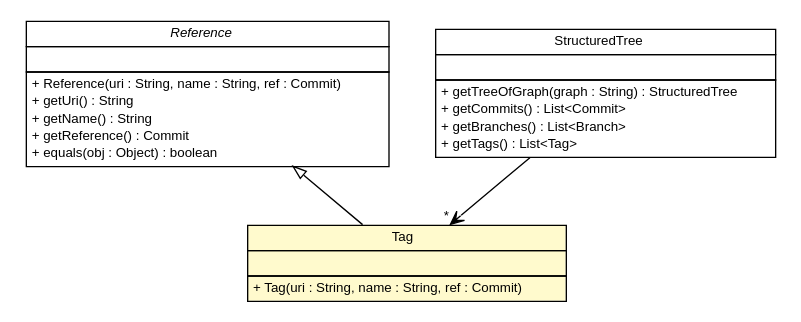
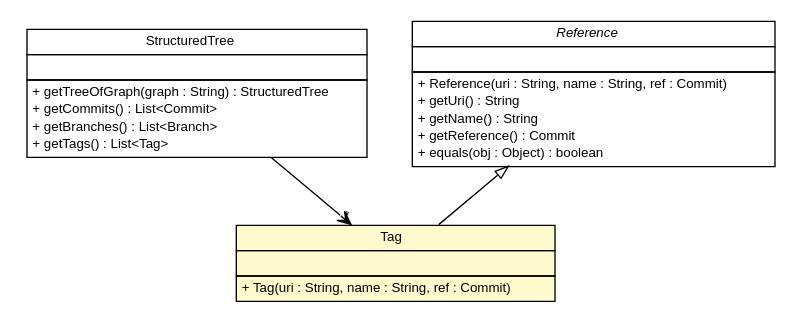
One commit to adrianorzyszek/r43ples changed the diagram in site/apidocs/de/tud/plt/r43ples/revisionTree/Tag.dot. Above: the diagram before and after it, drawn with Graphviz. The commit also changed 333 other files, not shown here.

```diff
--- a/site/apidocs/de/tud/plt/r43ples/revisionTree/Tag.dot
+++ b/site/apidocs/de/tud/plt/r43ples/revisionTree/Tag.dot
@@ -1,59 +1,59 @@
 #!/usr/local/bin/dot
 #
 # Class diagram 
 # Generated by UMLGraph version R5_6-24-gf6e263 (http://www.umlgraph.org/)
 #
 
 digraph G {
 	edge [fontname="Helvetica",fontsize=10,labelfontname="Helvetica",labelfontsize=10];
 	node [fontname="Helvetica",fontsize=10,shape=plaintext];
 	nodesep=0.25;
 	ranksep=0.5;
+	// de.tud.plt.r43ples.revisionTree.StructuredTree
+	c1774 [label=<<table title="de.tud.plt.r43ples.revisionTree.StructuredTree" border="0" cellborder="1" cellspacing="0" cellpadding="2" port="p" href="./StructuredTree.html">
+		<tr><td><table border="0" cellspacing="0" cellpadding="1">
+<tr><td align="center" balign="center"> StructuredTree </td></tr>
+		</table></td></tr>
+		<tr><td><table border="0" cellspacing="0" cellpadding="1">
+<tr><td align="left" balign="left">  </td></tr>
+		</table></td></tr>
+		<tr><td><table border="0" cellspacing="0" cellpadding="1">
+<tr><td align="left" balign="left"> + getTreeOfGraph(graph : String) : StructuredTree </td></tr>
+<tr><td align="left" balign="left"> + getCommits() : List&lt;Commit&gt; </td></tr>
+<tr><td align="left" balign="left"> + getBranches() : List&lt;Branch&gt; </td></tr>
+<tr><td align="left" balign="left"> + getTags() : List&lt;Tag&gt; </td></tr>
+		</table></td></tr>
+		</table>>, URL="./StructuredTree.html", fontname="Helvetica", fontcolor="black", fontsize=10.0];
 	// de.tud.plt.r43ples.revisionTree.Reference
-	c1807 [label=<<table title="de.tud.plt.r43ples.revisionTree.Reference" border="0" cellborder="1" cellspacing="0" cellpadding="2" port="p" href="./Reference.html">
+	c1776 [label=<<table title="de.tud.plt.r43ples.revisionTree.Reference" border="0" cellborder="1" cellspacing="0" cellpadding="2" port="p" href="./Reference.html">
 		<tr><td><table border="0" cellspacing="0" cellpadding="1">
 <tr><td align="center" balign="center"><font face="Helvetica-Oblique"> Reference </font></td></tr>
 		</table></td></tr>
 		<tr><td><table border="0" cellspacing="0" cellpadding="1">
 <tr><td align="left" balign="left">  </td></tr>
 		</table></td></tr>
 		<tr><td><table border="0" cellspacing="0" cellpadding="1">
 <tr><td align="left" balign="left"> + Reference(uri : String, name : String, ref : Commit) </td></tr>
 <tr><td align="left" balign="left"> + getUri() : String </td></tr>
 <tr><td align="left" balign="left"> + getName() : String </td></tr>
 <tr><td align="left" balign="left"> + getReference() : Commit </td></tr>
 <tr><td align="left" balign="left"> + equals(obj : Object) : boolean </td></tr>
 		</table></td></tr>
 		</table>>, URL="./Reference.html", fontname="Helvetica", fontcolor="black", fontsize=10.0];
-	// de.tud.plt.r43ples.revisionTree.StructuredTree
-	c1809 [label=<<table title="de.tud.plt.r43ples.revisionTree.StructuredTree" border="0" cellborder="1" cellspacing="0" cellpadding="2" port="p" href="./StructuredTree.html">
-		<tr><td><table border="0" cellspacing="0" cellpadding="1">
-<tr><td align="center" balign="center"> StructuredTree </td></tr>
-		</table></td></tr>
-		<tr><td><table border="0" cellspacing="0" cellpadding="1">
-<tr><td align="left" balign="left">  </td></tr>
-		</table></td></tr>
-		<tr><td><table border="0" cellspacing="0" cellpadding="1">
-<tr><td align="left" balign="left"> + getTreeOfGraph(graph : String) : StructuredTree </td></tr>
-<tr><td align="left" balign="left"> + getCommits() : List&lt;Commit&gt; </td></tr>
-<tr><td align="left" balign="left"> + getBranches() : List&lt;Branch&gt; </td></tr>
-<tr><td align="left" balign="left"> + getTags() : List&lt;Tag&gt; </td></tr>
-		</table></td></tr>
-		</table>>, URL="./StructuredTree.html", fontname="Helvetica", fontcolor="black", fontsize=10.0];
 	// de.tud.plt.r43ples.revisionTree.Tag
-	c1810 [label=<<table title="de.tud.plt.r43ples.revisionTree.Tag" border="0" cellborder="1" cellspacing="0" cellpadding="2" port="p" bgcolor="lemonChiffon" href="./Tag.html">
+	c1778 [label=<<table title="de.tud.plt.r43ples.revisionTree.Tag" border="0" cellborder="1" cellspacing="0" cellpadding="2" port="p" bgcolor="lemonChiffon" href="./Tag.html">
 		<tr><td><table border="0" cellspacing="0" cellpadding="1">
 <tr><td align="center" balign="center"> Tag </td></tr>
 		</table></td></tr>
 		<tr><td><table border="0" cellspacing="0" cellpadding="1">
 <tr><td align="left" balign="left">  </td></tr>
 		</table></td></tr>
 		<tr><td><table border="0" cellspacing="0" cellpadding="1">
 <tr><td align="left" balign="left"> + Tag(uri : String, name : String, ref : Commit) </td></tr>
 		</table></td></tr>
 		</table>>, URL="./Tag.html", fontname="Helvetica", fontcolor="black", fontsize=10.0];
 	//de.tud.plt.r43ples.revisionTree.Tag extends de.tud.plt.r43ples.revisionTree.Reference
-	c1807:p -> c1810:p [dir=back,arrowtail=empty];
+	c1776:p -> c1778:p [dir=back,arrowtail=empty];
 	// de.tud.plt.r43ples.revisionTree.StructuredTree NAVASSOC de.tud.plt.r43ples.revisionTree.Tag
-	c1809:p -> c1810:p [taillabel="", label="", headlabel="*", fontname="Helvetica", fontcolor="black", fontsize=10.0, color="black", arrowhead=open];
+	c1774:p -> c1778:p [taillabel="", label="", headlabel="*", fontname="Helvetica", fontcolor="black", fontsize=10.0, color="black", arrowhead=open];
 }
```
